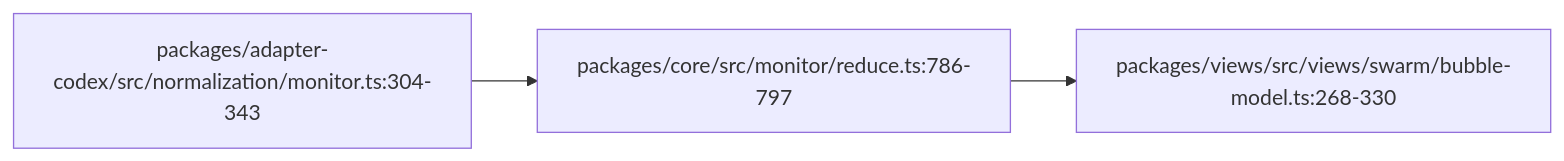
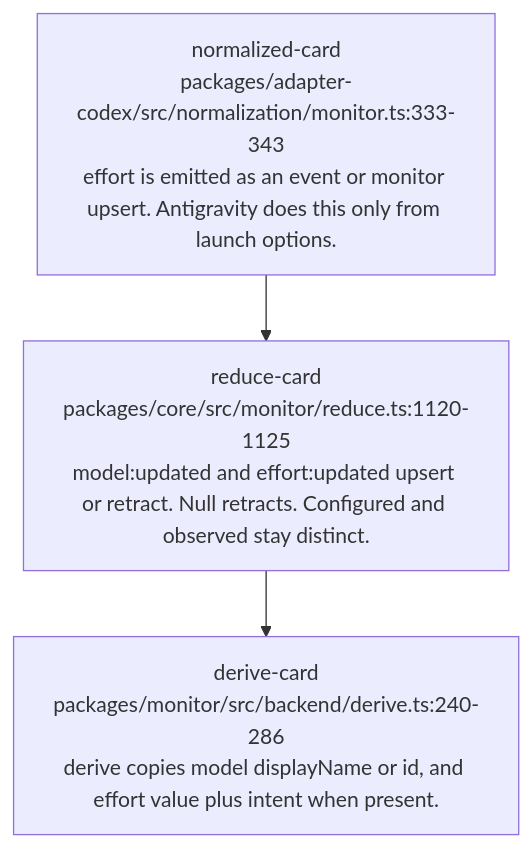
Before and after one commit to vibefield/puppeteer: the diagram in audit/godview/evidence/codex/effort.mmd, drawn with Mermaid. The commit also changed 746 other files, not shown here.

First line of the commit message:
Apply adapter-specific UI reachability to first-half monitor traces.

```diff
--- a/audit/godview/evidence/codex/effort.mmd
+++ b/audit/godview/evidence/codex/effort.mmd
@@ -1,9 +1,9 @@
-%% graph_ref: path.effort
-%% shared_map: 07e71c9bcb9532fc181e3f667f2d0ed2e7c9afaf
+%% field: field.effort
+%% adapter: codex
 %% forensic: source-read 748d015a7e393112e0a91dad80111fdf5abe6583; not a live sample
-flowchart LR
-  n0["packages/adapter-codex/src/normalization/monitor.ts:304-343"]
-  n1["packages/core/src/monitor/reduce.ts:786-797"]
+flowchart TD
+  n0["normalized-card\npackages/adapter-codex/src/normalization/monitor.ts:333-343\neffort is emitted as an event or monitor upsert. Antigravity does this only from launch options."]
+  n1["reduce-card\npackages/core/src/monitor/reduce.ts:1120-1125\nmodel:updated and effort:updated upsert or retract. Null retracts. Configured and observed stay distinct."]
   n0 --> n1
-  n2["packages/views/src/views/swarm/bubble-model.ts:268-330"]
+  n2["derive-card\npackages/monitor/src/backend/derive.ts:240-286\nderive copies model displayName or id, and effort value plus intent when present."]
   n1 --> n2
```
